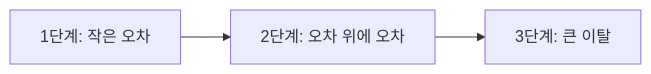
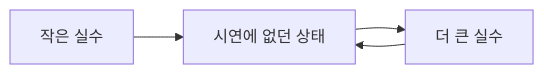
The first of 2 diagrams in articles/compounding-error.md (wjdgks7178/ai-mindmap), drawn with Mermaid before and after one commit. The commit also changed other lines of this file and 2 other files, not shown here.

````diff
--- a/articles/compounding-error.md
+++ b/articles/compounding-error.md
@@ -14,4 +18,6 @@
 ```mermaid
 flowchart LR
-  E1["1단계: 작은 오차"] --> E2["2단계: 오차 위에 오차"] --> E3["3단계: 큰 이탈"]
+  E["작은 실수"] --> N["시연에 없던 상태"]
+  N --> W["더 큰 실수"]
+  W --> N
 ```
````
